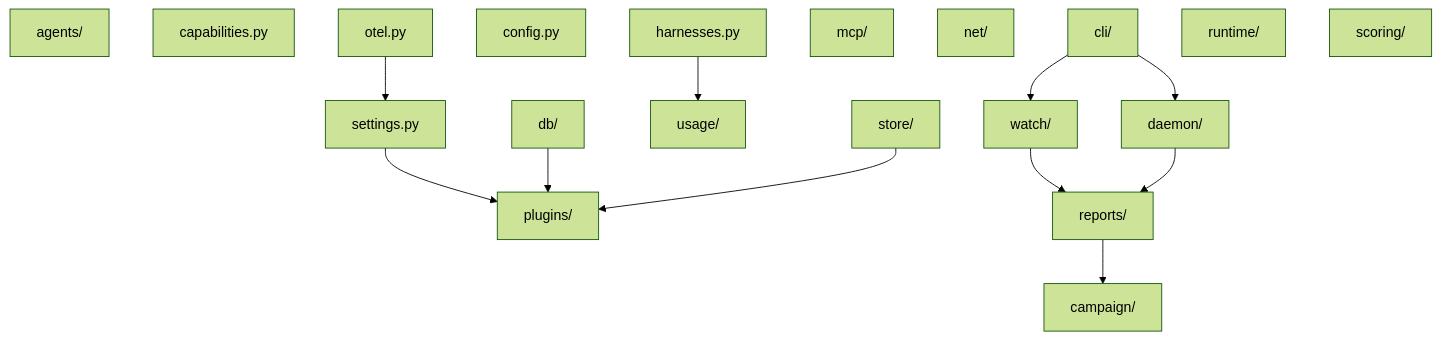
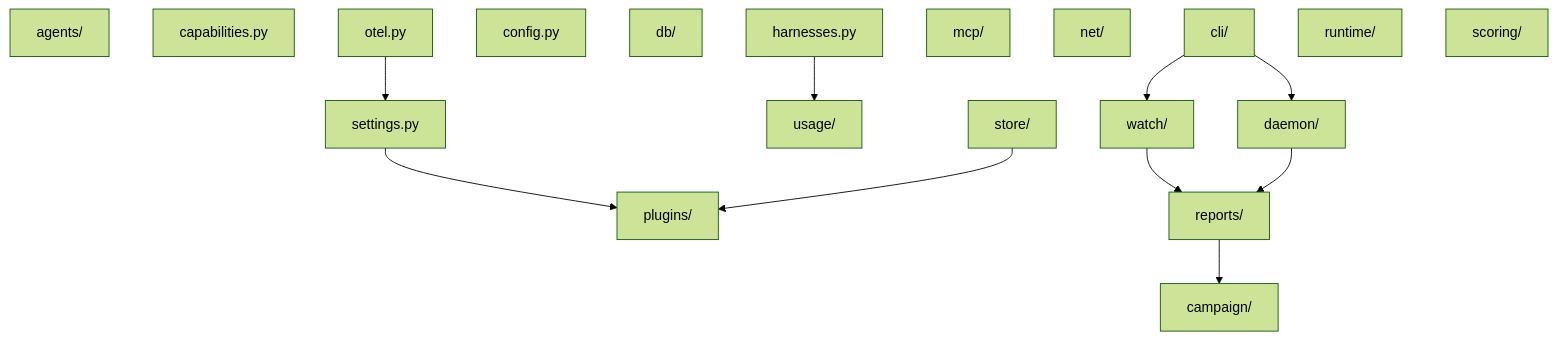
One commit to VatsaDev/piloop changed the diagram in docs/snippets/generated/imports.mdx. Above: the diagram before and after it, drawn with Mermaid (forest theme). The commit also changed other lines of this file and 62 other files, not shown here.

````diff
--- a/docs/snippets/generated/imports.mdx
+++ b/docs/snippets/generated/imports.mdx
@@ -3,32 +3,31 @@
 ```mermaid
 flowchart TB
     agents["agents/"]
     campaign["campaign/"]
     capabilities["capabilities.py"]
     cli["cli/"]
     config["config.py"]
     daemon["daemon/"]
     db["db/"]
     harnesses["harnesses.py"]
     mcp["mcp/"]
     net["net/"]
     otel["otel.py"]
     plugins["plugins/"]
     reports["reports/"]
     runtime["runtime/"]
     scoring["scoring/"]
     settings["settings.py"]
     store["store/"]
     usage["usage/"]
     watch["watch/"]
     cli --> daemon
     cli --> watch
     daemon --> reports
-    db --> plugins
     harnesses --> usage
     otel --> settings
     reports --> campaign
     settings --> plugins
     store --> plugins
     watch --> reports
 ```
````
